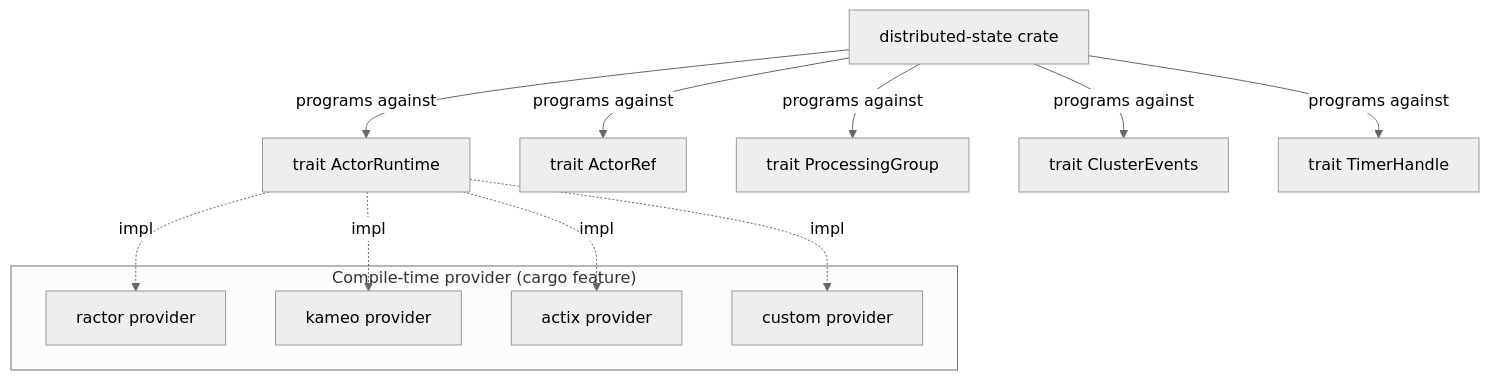
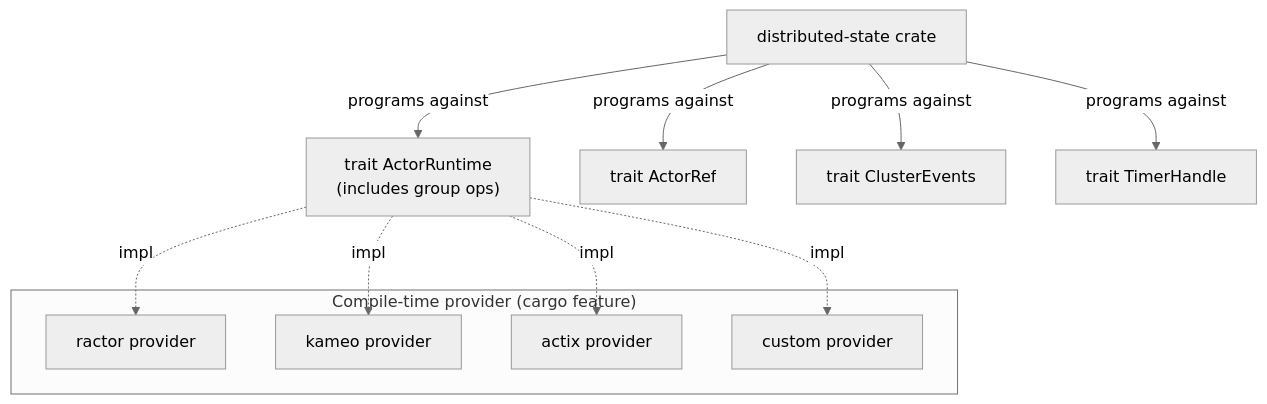
Before and after one commit to Yaming-Hub/dstate: diagram 13 of 22 in docs/distributed-state-design.md, drawn with Mermaid (neutral theme). The commit also changed other lines of this file and 32 other files, not shown here.

````diff
--- a/docs/distributed-state-design.md
+++ b/docs/distributed-state-design.md
@@ -919,21 +897,20 @@
 ```mermaid
 graph TD
     DS["distributed-state crate"]
-    DS -->|"programs against"| RT["trait ActorRuntime"]
+    DS -->|"programs against"| RT["trait ActorRuntime<br/>(includes group ops)"]
     DS -->|"programs against"| AR["trait ActorRef"]
-    DS -->|"programs against"| PG["trait ProcessingGroup"]
     DS -->|"programs against"| CE["trait ClusterEvents"]
     DS -->|"programs against"| TH["trait TimerHandle"]
 
     subgraph "Compile-time provider (cargo feature)"
         Ractor["ractor provider"]
         Kameo["kameo provider"]
         Actix["actix provider"]
         Custom["custom provider"]
     end
 
     RT -.->|"impl"| Ractor
     RT -.->|"impl"| Kameo
     RT -.->|"impl"| Actix
     RT -.->|"impl"| Custom
 ```
````
